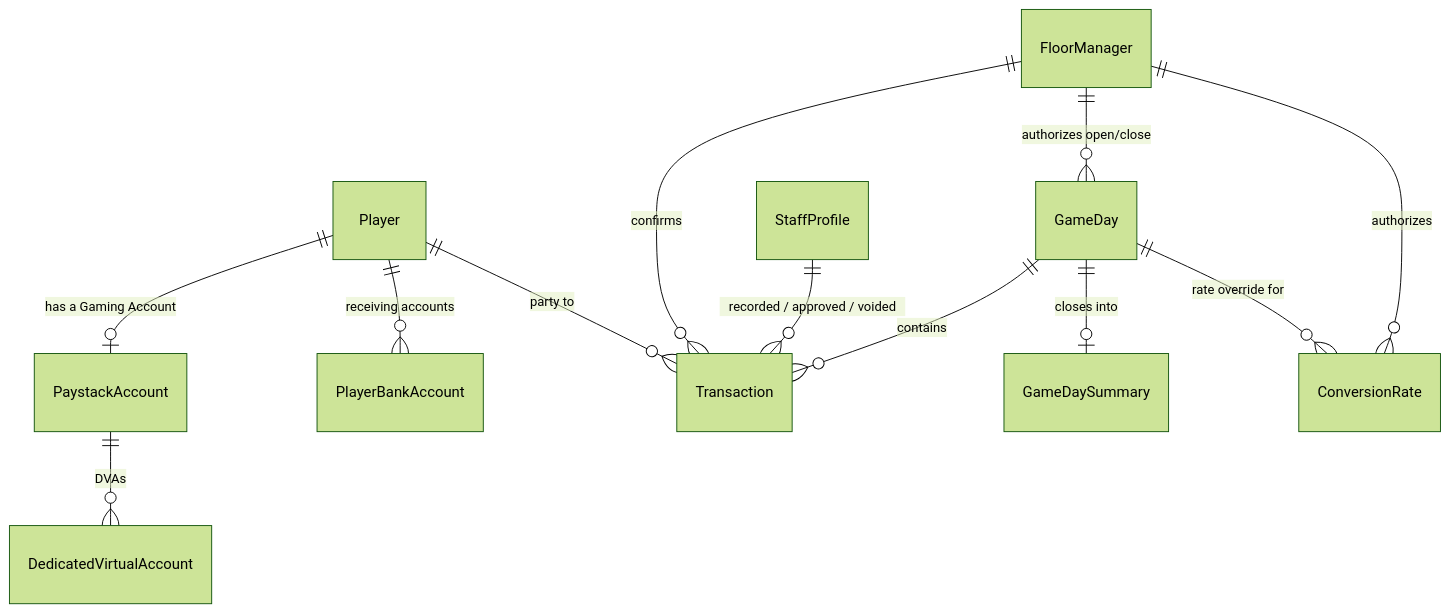
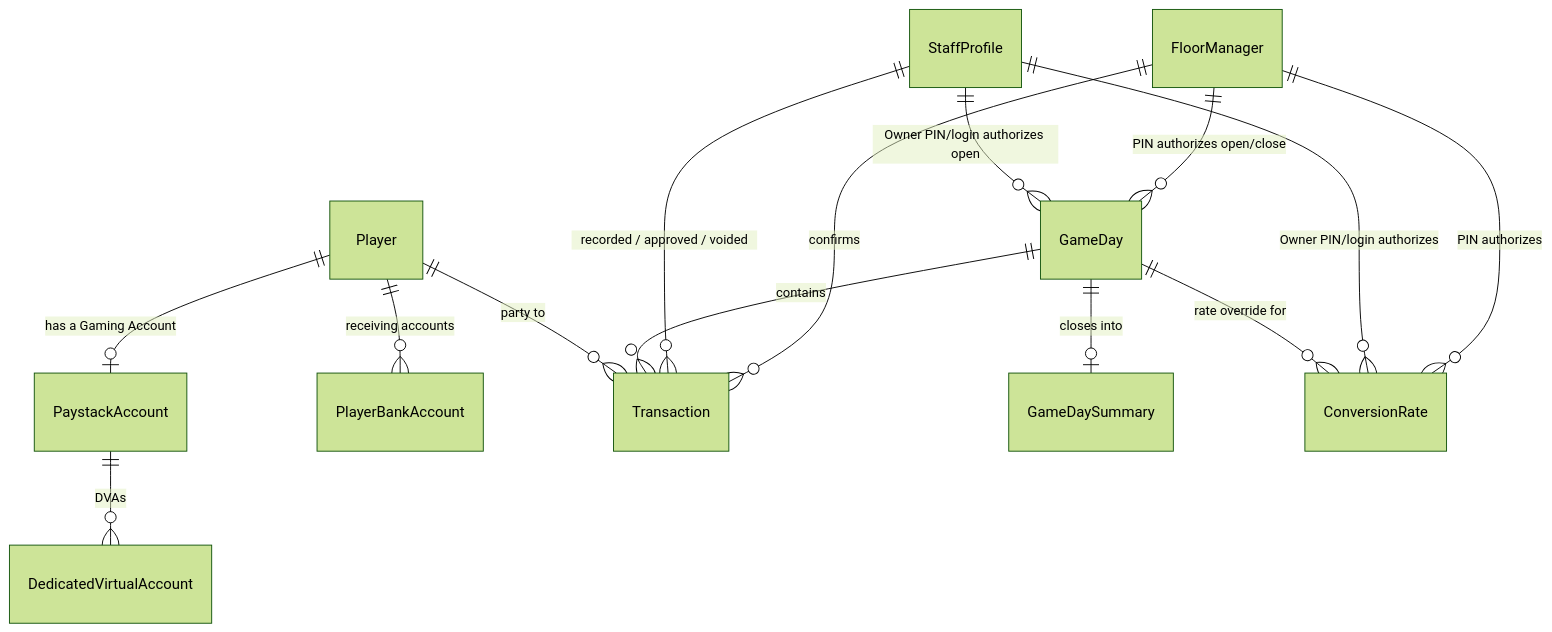
One commit to appleveil/GNT changed the diagram in SCHEMA.md. Above: the diagram before and after it, drawn with Mermaid (forest theme). The commit also changed other lines of this file and 13 other files, not shown here.

First line of the commit message:
Add Owner PIN auth, chips_variance, chips-limit enforcement, Cashier balance split

````diff
--- a/SCHEMA.md
+++ b/SCHEMA.md
@@ -103,14 +107,16 @@
 ```mermaid
 erDiagram
     Player ||--o| PaystackAccount : "has a Gaming Account"
     Player ||--o{ PlayerBankAccount : "receiving accounts"
     Player ||--o{ Transaction : "party to"
     PaystackAccount ||--o{ DedicatedVirtualAccount : "DVAs"
     GameDay ||--o{ Transaction : "contains"
     GameDay ||--o| GameDaySummary : "closes into"
     GameDay ||--o{ ConversionRate : "rate override for"
     StaffProfile ||--o{ Transaction : "recorded / approved / voided"
+    StaffProfile ||--o{ GameDay : "Owner PIN/login authorizes open"
+    StaffProfile ||--o{ ConversionRate : "Owner PIN/login authorizes"
     FloorManager ||--o{ Transaction : "confirms"
-    FloorManager ||--o{ GameDay : "authorizes open/close"
-    FloorManager ||--o{ ConversionRate : "authorizes"
+    FloorManager ||--o{ GameDay : "PIN authorizes open/close"
+    FloorManager ||--o{ ConversionRate : "PIN authorizes"
 ```
````
